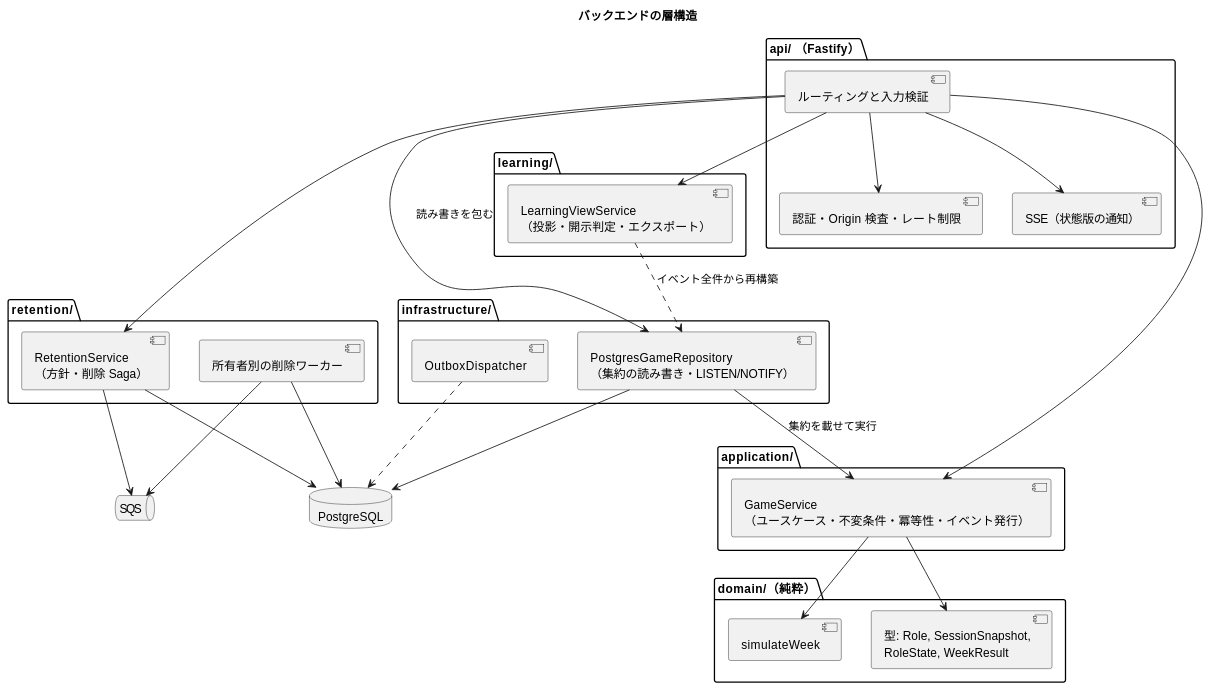
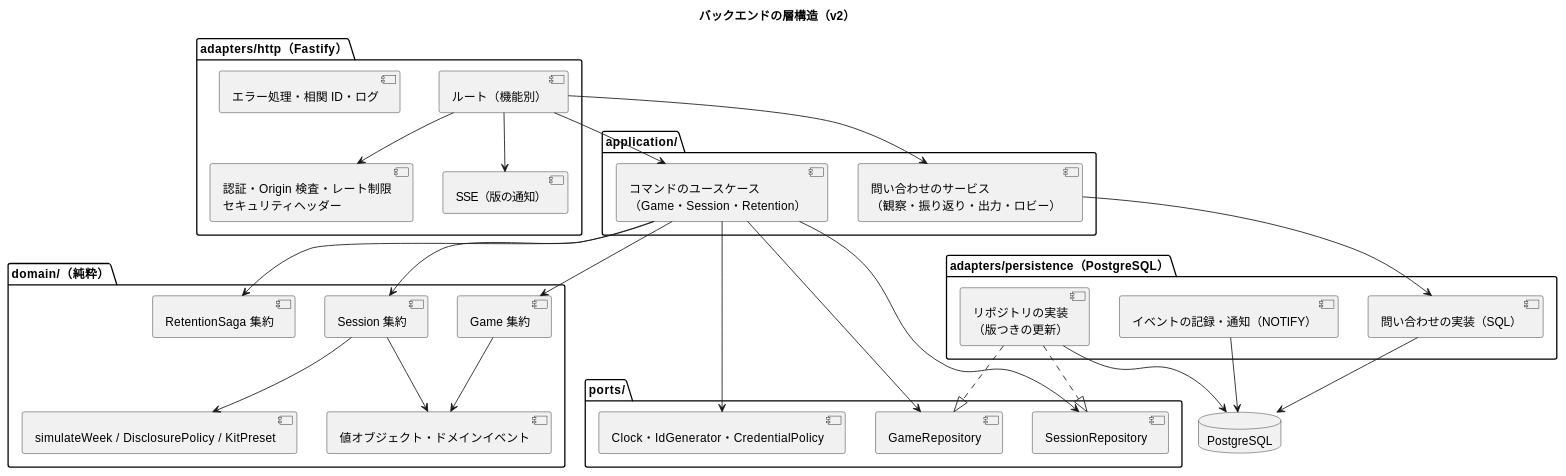
The first of 2 diagrams in docs/design/beer-game2/architecture-backend.md (k2works/case-study-beer-game-simulation), drawn with PlantUML before and after one commit. The commit also changed other lines of this file and 5 other files, not shown here.

````diff
--- a/docs/design/beer-game2/architecture-backend.md
+++ b/docs/design/beer-game2/architecture-backend.md
@@ -43,54 +32,59 @@
 ```plantuml
 @startuml
-title バックエンドの層構造
+title バックエンドの層構造（v2）
 
-package "api/ （Fastify）" {
-  [ルーティングと入力検証] as Routes
-  [認証・Origin 検査・レート制限] as Guard
-  [SSE（状態版の通知）] as SSE
+package "adapters/http（Fastify）" {
+  [ルート（機能別）] as Routes
+  [認証・Origin 検査・レート制限\nセキュリティヘッダー] as Guard
+  [エラー処理・相関 ID・ログ] as Err
+  [SSE（版の通知）] as SSE
 }
 
 package "application/" {
-  [GameService\n（ユースケース・不変条件・冪等性・イベント発行）] as GS
+  [コマンドのユースケース\n（Game・Session・Retention）] as Cmd
+  [問い合わせのサービス\n（観察・振り返り・出力・ロビー）] as Qry
 }
 
 package "domain/（純粋）" {
-  [simulateWeek] as SW
-  [型: Role, SessionSnapshot,\nRoleState, WeekResult] as Types
+  [Game 集約] as Game
+  [Session 集約] as Session
+  [RetentionSaga 集約] as Saga
+  [simulateWeek / DisclosurePolicy / KitPreset] as Svc
+  [値オブジェクト・ドメインイベント] as VO
 }
 
-package "learning/" {
-  [LearningViewService\n（投影・開示判定・エクスポート）] as LV
+package "ports/" {
+  [GameRepository] as GR
+  [SessionRepository] as SR
+  [Clock・IdGenerator・CredentialPolicy] as Ext
 }
 
-package "retention/" {
-  [RetentionService\n（方針・削除 Saga）] as RT
-  [所有者別の削除ワーカー] as OW
-}
-
-package "infrastructure/" {
-  [PostgresGameRepository\n（集約の読み書き・LISTEN/NOTIFY）] as Repo
-  [OutboxDispatcher] as OD
+package "adapters/persistence（PostgreSQL）" {
+  [リポジトリの実装\n（版つきの更新）] as Repo
+  [問い合わせの実装（SQL）] as QRepo
+  [イベントの記録・通知（NOTIFY）] as Out
 }
 
 database "PostgreSQL" as DB
-queue "SQS" as SQS
 
 Routes --> Guard
-Routes --> GS
-Routes --> LV
-Routes --> RT
+Routes --> Cmd
+Routes --> Qry
 Routes --> SSE
-GS --> SW
-GS --> Types
-Routes --> Repo : 読み書きを包む
-Repo --> GS : 集約を載せて実行
+Cmd --> Game
+Cmd --> Session
+Cmd --> Saga
+Game --> VO
+Session --> Svc
+Session --> VO
+Cmd --> GR
+Cmd --> SR
+Cmd --> Ext
+Qry --> QRepo
+Repo ..|> GR
+Repo ..|> SR
 Repo --> DB
-LV ..> Repo : イベント全件から再構築
-RT --> DB
-RT --> SQS
-OW --> SQS
-OW --> DB
-OD ..> DB
+QRepo --> DB
+Out --> DB
 @enduml
 ```
````
